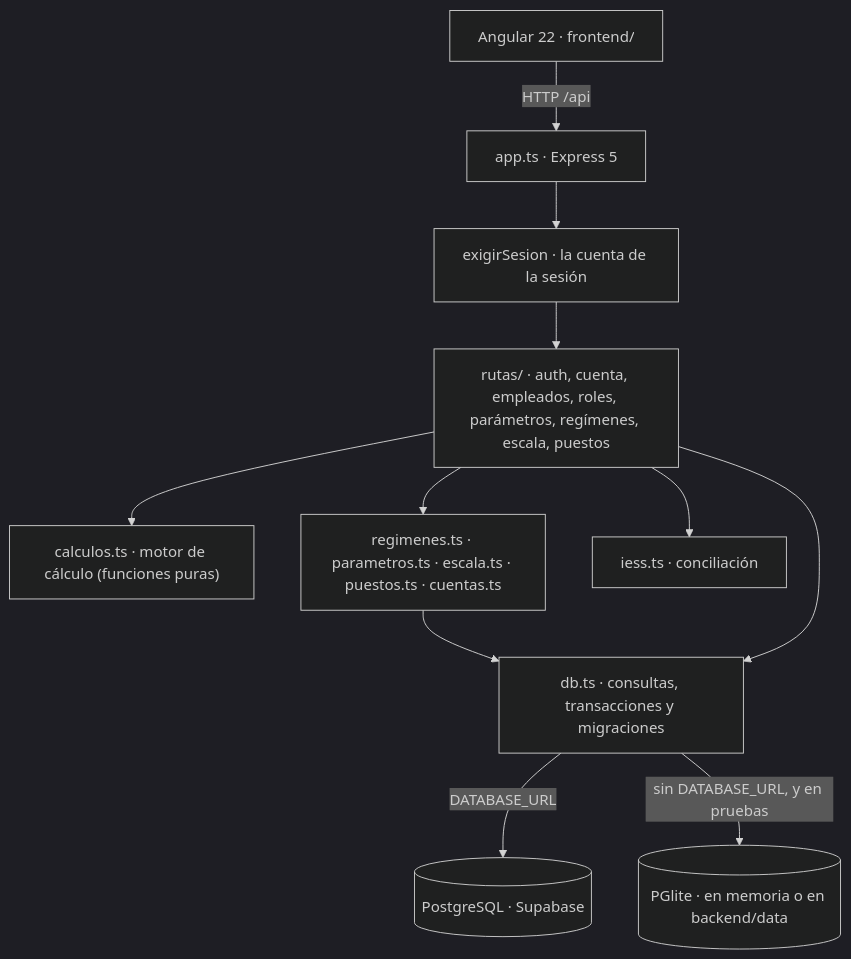
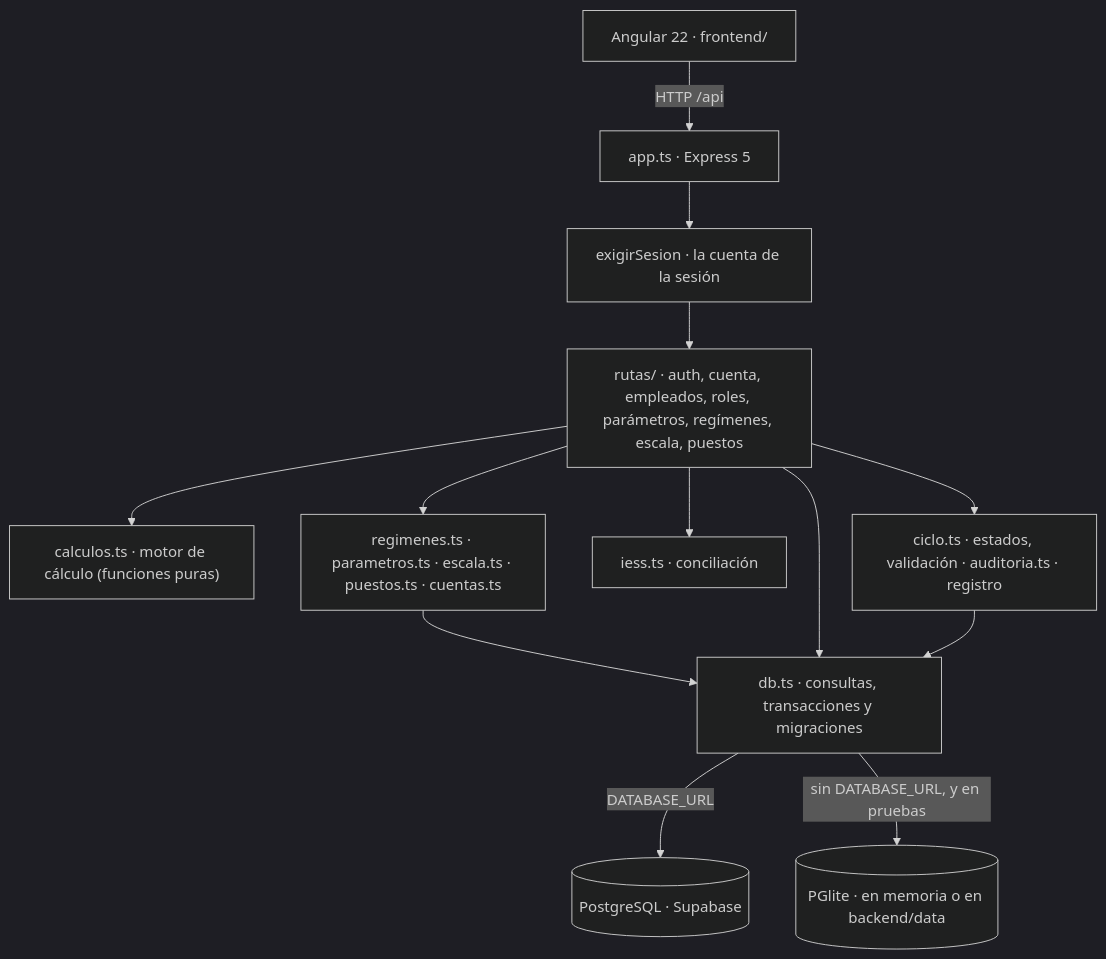
The diagram in README.md (kiramman-mp3/sistema-rol-pagos-erp), drawn with Mermaid (dark theme) before and after one commit. The commit also changed other lines of this file, not shown here.

````diff
--- a/README.md
+++ b/README.md
@@ -90,15 +92,17 @@
 ```mermaid
 graph TD
     Web["Angular 22 · frontend/"] -->|HTTP /api| App["app.ts · Express 5"]
     App --> Sesion["exigirSesion · la cuenta de la sesión"]
     Sesion --> Rutas["rutas/ · auth, cuenta, empleados, roles, parámetros, regímenes, escala, puestos"]
 
     Rutas --> Motor["calculos.ts · motor de cálculo (funciones puras)"]
     Rutas --> Reglas["regimenes.ts · parametros.ts · escala.ts · puestos.ts · cuentas.ts"]
     Rutas --> IESS["iess.ts · conciliación"]
+    Rutas --> Ciclo["ciclo.ts · estados, validación · auditoria.ts · registro"]
 
     Reglas --> DB["db.ts · consultas, transacciones y migraciones"]
     Rutas --> DB
+    Ciclo --> DB
     DB -->|DATABASE_URL| Supabase[("PostgreSQL · Supabase")]
     DB -->|sin DATABASE_URL, y en pruebas| PGlite[("PGlite · en memoria o en backend/data")]
 ```
````
